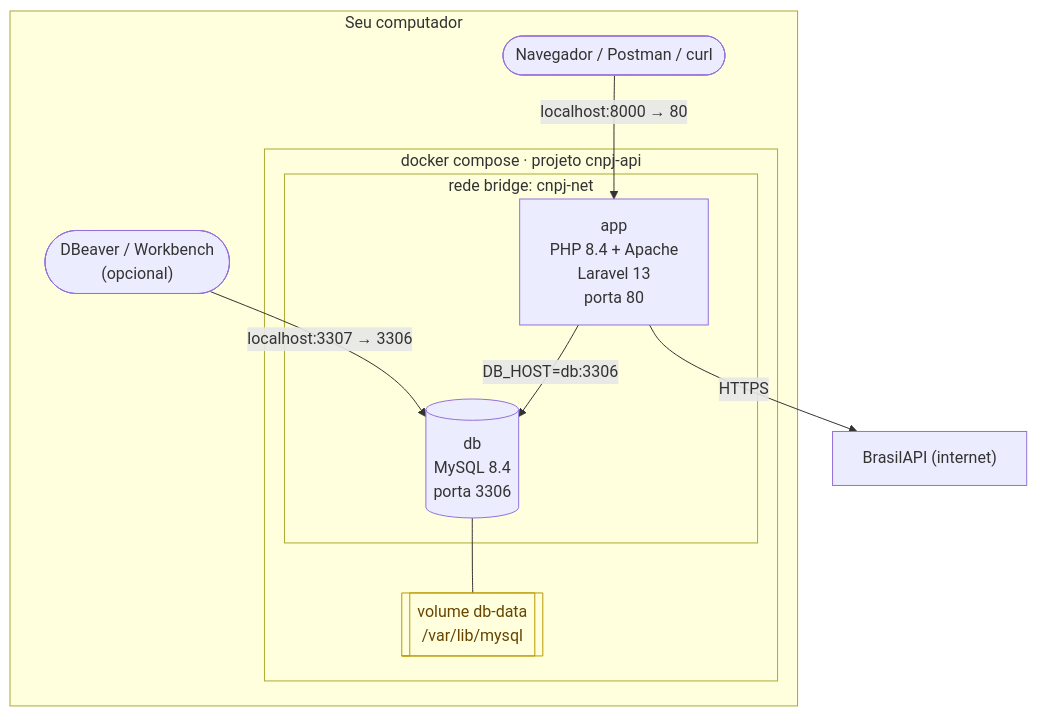
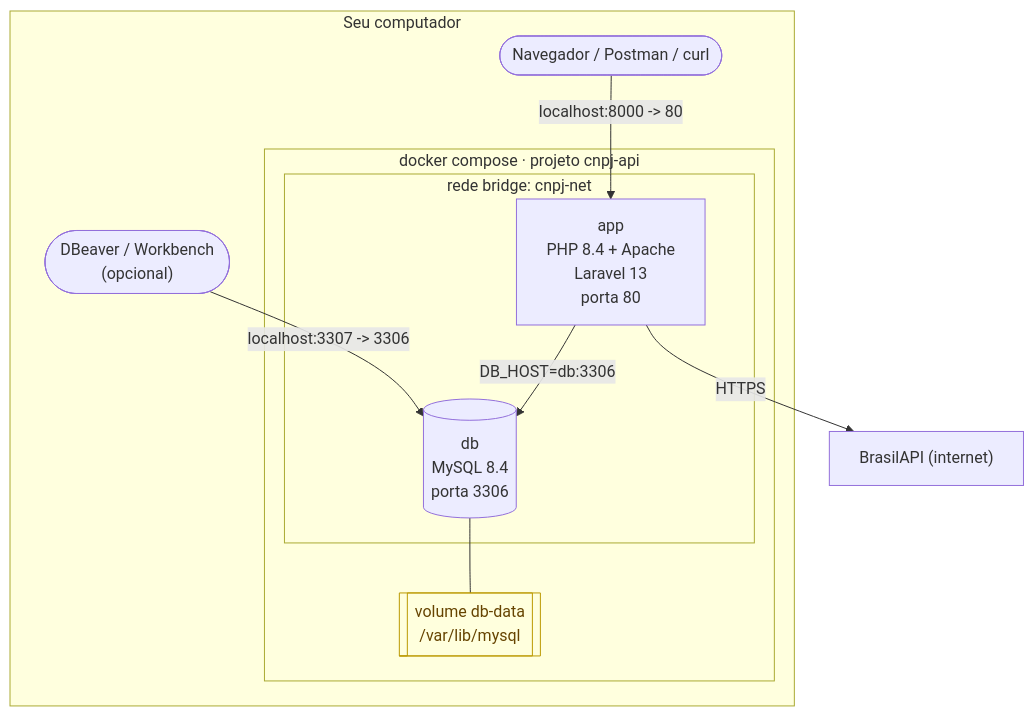
One commit to GustavoCamerino/cnpj-api changed the first of 3 diagrams in docs/TAREFA-4.md. Above: the diagram before and after it, drawn with Mermaid. The commit also changed other lines of this file and 21 other files, not shown here.

````diff
--- a/docs/TAREFA-4.md
+++ b/docs/TAREFA-4.md
@@ -17,25 +17,25 @@
 ```mermaid
 flowchart TB
     subgraph PC["Seu computador"]
         B(["Navegador / Postman / curl"])
         DBV(["DBeaver / Workbench<br/>(opcional)"])
 
         subgraph COMPOSE["docker compose · projeto cnpj-api"]
             subgraph NET["rede bridge: cnpj-net"]
                 APP["app<br/>PHP 8.4 + Apache<br/>Laravel 13<br/>porta 80"]
                 DB[("db<br/>MySQL 8.4<br/>porta 3306")]
             end
             VOL[["volume db-data<br/>/var/lib/mysql"]]
         end
     end
     EXT["BrasilAPI (internet)"]
 
-    B -->|"localhost:8000 → 80"| APP
-    DBV -->|"localhost:3307 → 3306"| DB
+    B -->|"localhost:8000 -> 80"| APP
+    DBV -->|"localhost:3307 -> 3306"| DB
     APP -->|"DB_HOST=db:3306"| DB
     DB --- VOL
     APP -->|"HTTPS"| EXT
 
     classDef vol fill:#ffd,stroke:#b90,color:#640
     class VOL vol
 ```
````
